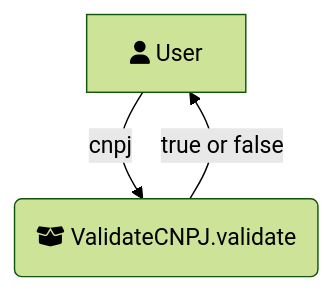
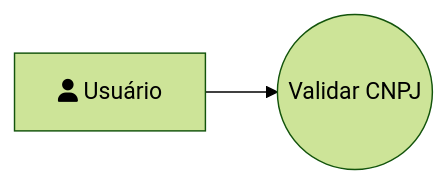
One commit to RenatoGarciaLopes/JavaIradoNoTxt changed the diagram in ValidateCNPJ/validate-cnpj-use-case.uml.mermaid. Above: the diagram before and after it, drawn with Mermaid (forest theme). The commit also changed 5 other files, not shown here.

Commit message:
feat: criei as classes ValidateCPF e ValidateCNPJ, para validar cpf e cnpj, respectivamente

```diff
--- a/ValidateCNPJ/validate-cnpj-use-case.uml.mermaid
+++ b/ValidateCNPJ/validate-cnpj-use-case.uml.mermaid
@@ -1,6 +1,5 @@
-flowchart TD
-    A[fa:fa-user User]
-    B(fa:fa-box-open ValidateCNPJ.validate)
+flowchart LR
+    A[fa:fa-user Usuário]
+    B((Validar CNPJ))
 
-    A -->| cnpj | B
-    B -->| true or false | A
+    A --> B
```
